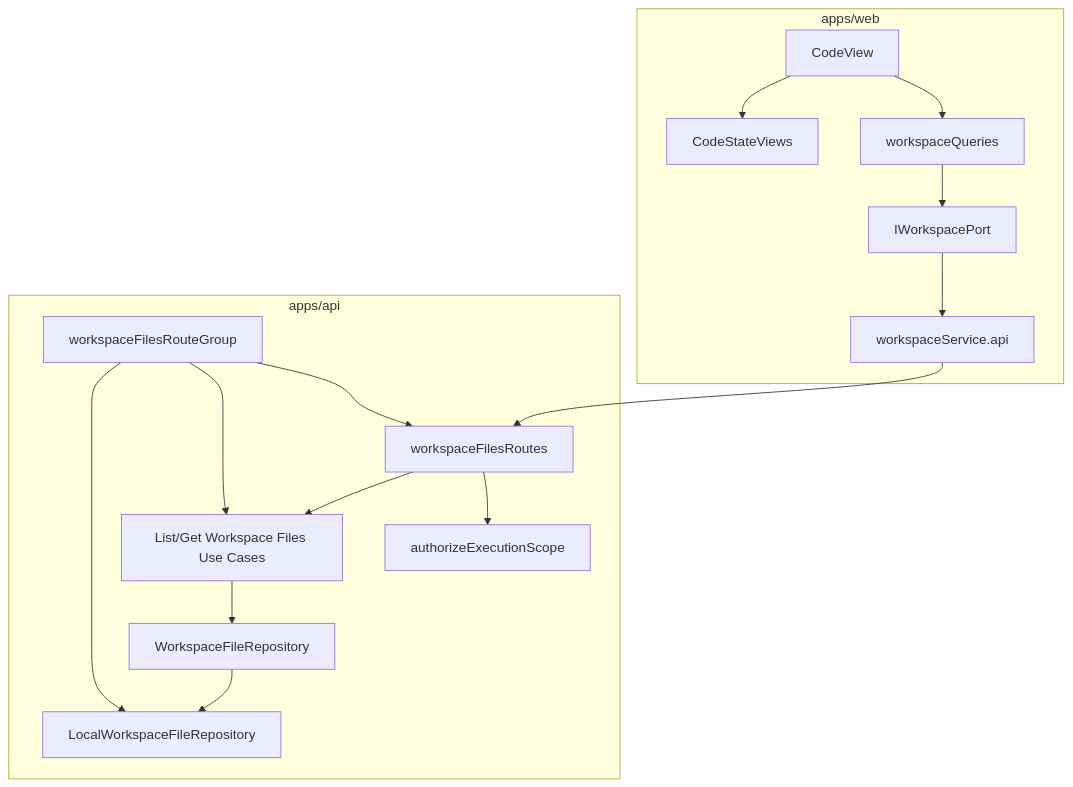
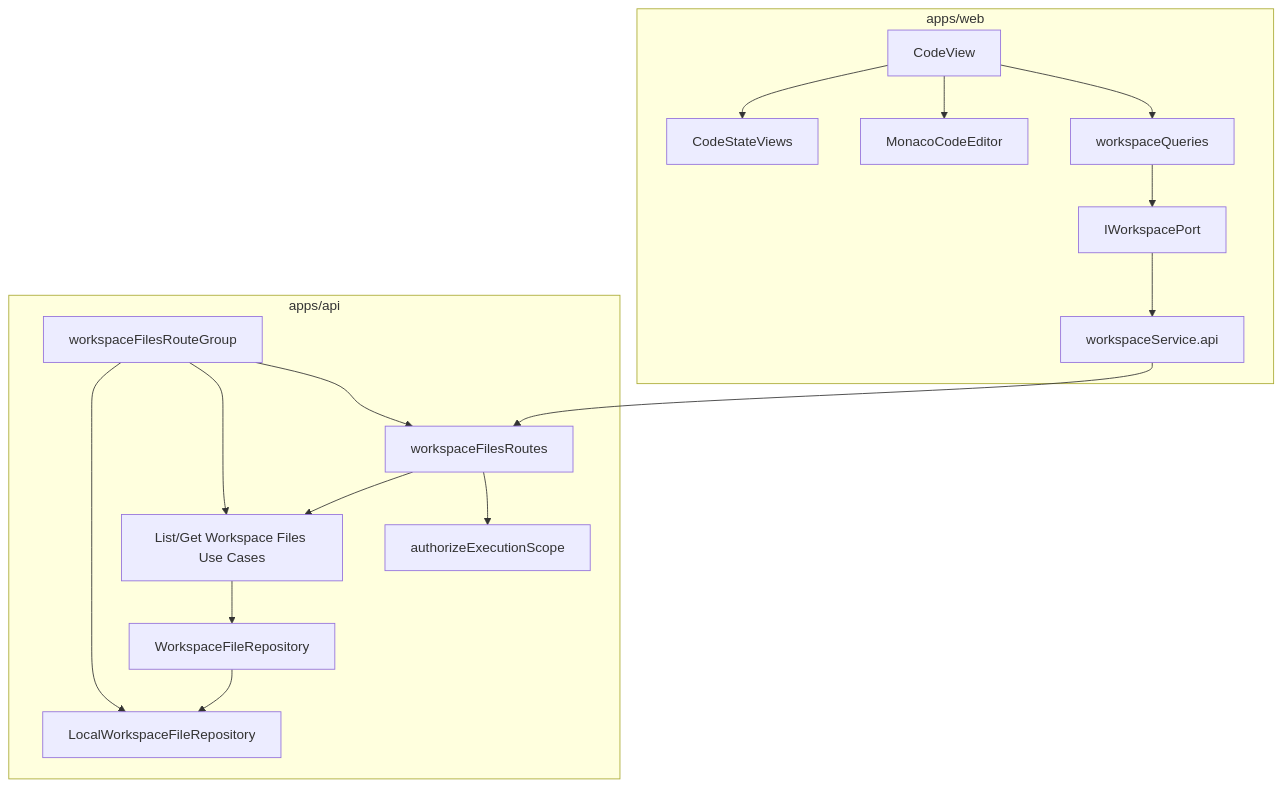
One commit to dunay2/dvt changed the second of 2 diagrams in docs/architecture/components/web/code-workbench-workspace-files-component.md. Above: the diagram before and after it, drawn with Mermaid. The commit also changed other lines of this file and 29 other files, not shown here.

Commit message:
feat(web): Enable editable Code Monaco buffer

````diff
--- a/docs/architecture/components/web/code-workbench-workspace-files-component.md
+++ b/docs/architecture/components/web/code-workbench-workspace-files-component.md
@@ -105,32 +123,34 @@
 ```mermaid
 flowchart TB
   subgraph Web["apps/web"]
     CodeView["CodeView"]
     Queries["workspaceQueries"]
+    Editor["MonacoCodeEditor"]
     WorkspacePort["IWorkspacePort"]
     ApiWorkspaceService["workspaceService.api"]
     CodeStates["CodeStateViews"]
   end
 
   subgraph Api["apps/api"]
     Composer["workspaceFilesRouteGroup"]
     Routes["workspaceFilesRoutes"]
     Auth["authorizeExecutionScope"]
     UseCases["List/Get Workspace Files Use Cases"]
     Port["WorkspaceFileRepository"]
     Adapter["LocalWorkspaceFileRepository"]
   end
 
   CodeView --> Queries
+  CodeView --> Editor
   Queries --> WorkspacePort
   WorkspacePort --> ApiWorkspaceService
   ApiWorkspaceService --> Routes
   Composer --> Routes
   Composer --> UseCases
   Composer --> Adapter
   Routes --> Auth
   Routes --> UseCases
   UseCases --> Port
   Port --> Adapter
   CodeView --> CodeStates
 ```
````
